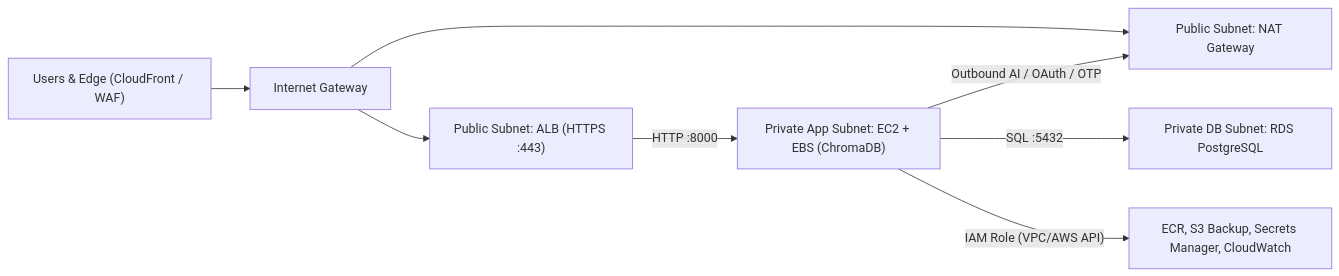
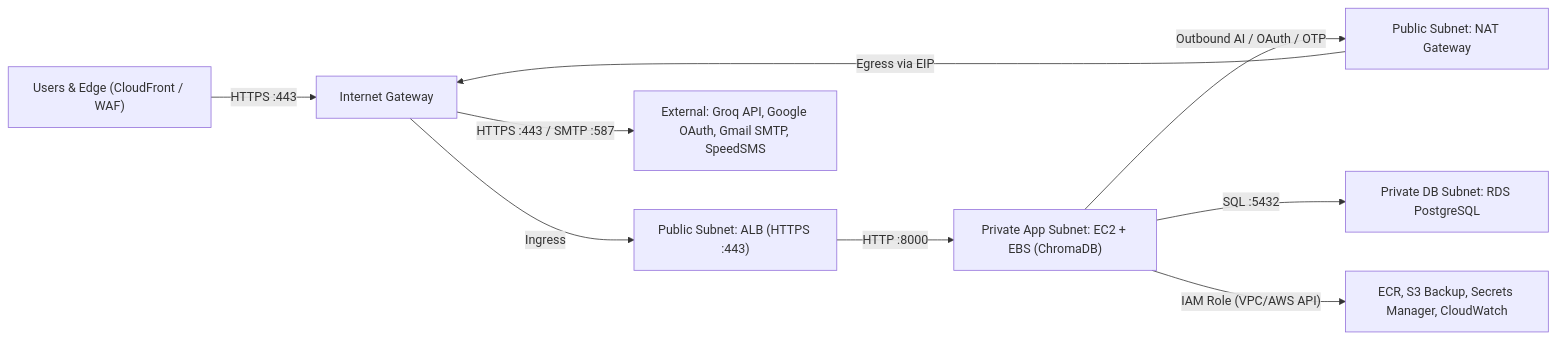
One commit to khiemdong2005/workshop_NguyenThanhKhiem changed the diagram in content/5-Workshop/5.3-AWS-Infrastructure/_index.md. Above: the diagram before and after it, drawn with Mermaid. The commit also changed 19 other files, not shown here.

Commit message:
docs(workshop): add sts/region check, fix 5.3 Mermaid NAT->IGW arrow, Console steps, Expected Outputs, CloudWatch CLI, and S3 versioning cleanup

```diff
--- a/content/5-Workshop/5.3-AWS-Infrastructure/_index.md
+++ b/content/5-Workshop/5.3-AWS-Infrastructure/_index.md
@@ -19,10 +19,11 @@
 {{< mermaid >}}
 graph LR
-    USER["Users & Edge (CloudFront / WAF)"] --> IGW["Internet Gateway"]
-    IGW --> ALB["Public Subnet: ALB (HTTPS :443)"]
-    IGW --> NAT["Public Subnet: NAT Gateway"]
+    USER["Users & Edge (CloudFront / WAF)"] -->|"HTTPS :443"| IGW["Internet Gateway"]
+    IGW -->|"Ingress"| ALB["Public Subnet: ALB (HTTPS :443)"]
     ALB -->|"HTTP :8000"| EC2["Private App Subnet: EC2 + EBS (ChromaDB)"]
-    EC2 -->|"Outbound AI / OAuth / OTP"| NAT
+    EC2 -->|"Outbound AI / OAuth / OTP"| NAT["Public Subnet: NAT Gateway"]
+    NAT -->|"Egress via EIP"| IGW
+    IGW -->|"HTTPS :443 / SMTP :587"| EXT["External: Groq API, Google OAuth, Gmail SMTP, SpeedSMS"]
     EC2 -->|"SQL :5432"| RDS["Private DB Subnet: RDS PostgreSQL"]
     EC2 -->|"IAM Role (VPC/AWS API)"| AWS["ECR, S3 Backup, Secrets Manager, CloudWatch"]
 {{< /mermaid >}}
```
